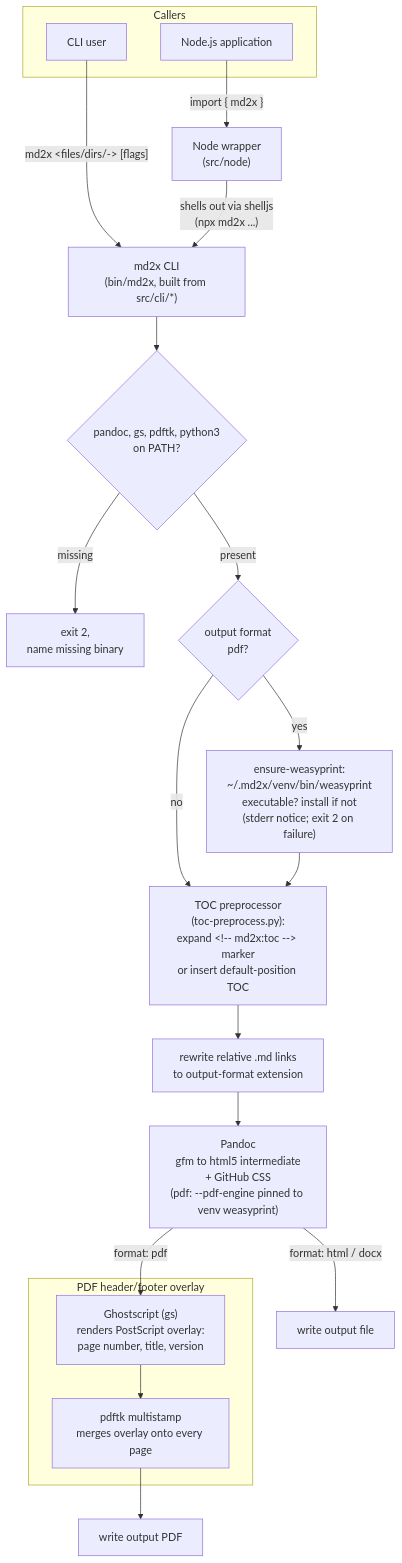
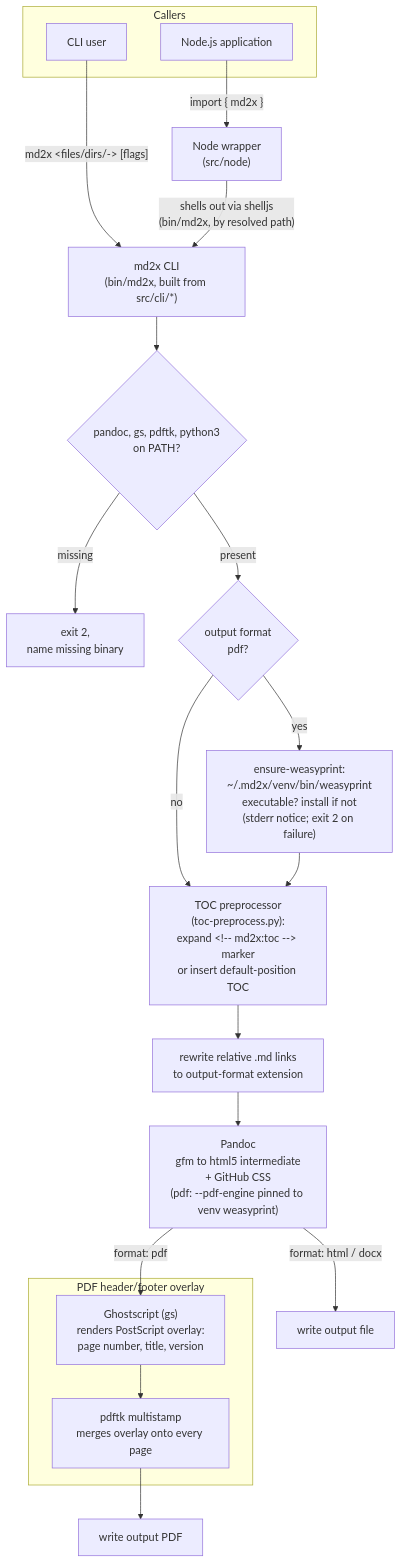
The diagram in docs/architecture.md (liquid-labs/md2x), drawn with Mermaid before and after one commit. The commit also changed other lines of this file and 2 other files, not shown here.

Commit message:
Invoke md2x's own bin by resolved path instead of npx
Removes the unpinned npx fetch risk (finding ya0J); throws a clear error if the bin is missing.

````diff
--- a/docs/architecture.md
+++ b/docs/architecture.md
@@ -21,28 +21,28 @@
 ```mermaid
 flowchart TD
     subgraph Callers
         CLIUser["CLI user"]
         NodeApp["Node.js application"]
     end
 
     CLIUser -->|"md2x &lt;files/dirs/-&gt; [flags]"| CLI
     NodeApp -->|"import { md2x }"| NodeWrapper["Node wrapper<br/>(src/node)"]
-    NodeWrapper -->|"shells out via shelljs<br/>(npx md2x ...)"| CLI
+    NodeWrapper -->|"shells out via shelljs<br/>(bin/md2x, by resolved path)"| CLI
 
     CLI["md2x CLI<br/>(bin/md2x, built from src/cli/*)"] --> Preflight{"pandoc, gs, pdftk, python3<br/>on PATH?"}
     Preflight -- missing --> Fail["exit 2,<br/>name missing binary"]
     Preflight -- present --> PdfCheck{"output format<br/>pdf?"}
     PdfCheck -- no --> TocPreprocess["TOC preprocessor<br/>(toc-preprocess.py):<br/>expand &lt;!-- md2x:toc --&gt; marker<br/>or insert default-position TOC"]
     PdfCheck -- yes --> Bootstrap["ensure-weasyprint:<br/>~/.md2x/venv/bin/weasyprint<br/>executable? install if not<br/>(stderr notice; exit 2 on failure)"]
     Bootstrap --> TocPreprocess
     TocPreprocess --> Rewrite["rewrite relative .md links<br/>to output-format extension"]
     Rewrite --> Pandoc["Pandoc<br/>gfm to html5 intermediate<br/>+ GitHub CSS<br/>(pdf: --pdf-engine pinned to venv weasyprint)"]
 
     Pandoc -->|"format: html / docx"| Output1["write output file"]
     Pandoc -->|"format: pdf"| GS
 
     subgraph "PDF header/footer overlay"
         GS["Ghostscript (gs)<br/>renders PostScript overlay:<br/>page number, title, version"] --> PDFTK["pdftk multistamp<br/>merges overlay onto every page"]
     end
     PDFTK --> Output2["write output PDF"]
 ```
````
